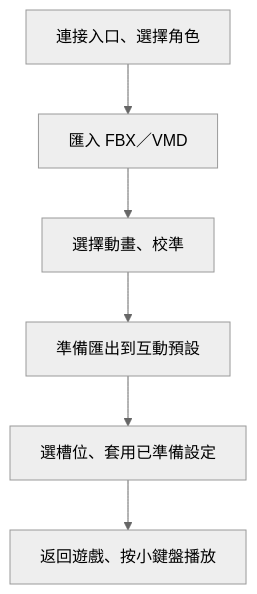
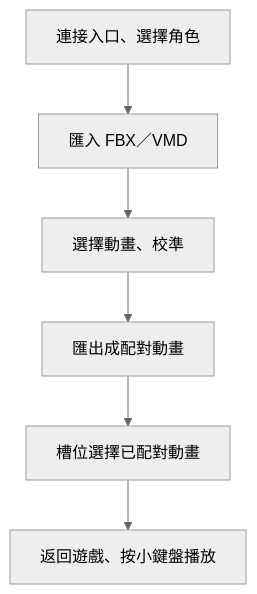
The diagram in README.md (kevindaze/EndfieldAnimationImporter), drawn with Mermaid (neutral theme) before and after one commit. The commit also changed other lines of this file and 20 other files, not shown here.

````diff
--- a/README.md
+++ b/README.md
@@ -22,8 +22,8 @@
 ```mermaid
 flowchart TD
     A[連接入口、選擇角色] --> B[匯入 FBX／VMD]
     B --> C[選擇動畫、校準]
-    C --> D[準備匯出到互動預設]
-    D --> E[選槽位、套用已準備設定]
+    C --> D[匯出成配對動畫]
+    D --> E[槽位選擇已配對動畫]
     E --> F[返回遊戲、按小鍵盤播放]
 ```
````
